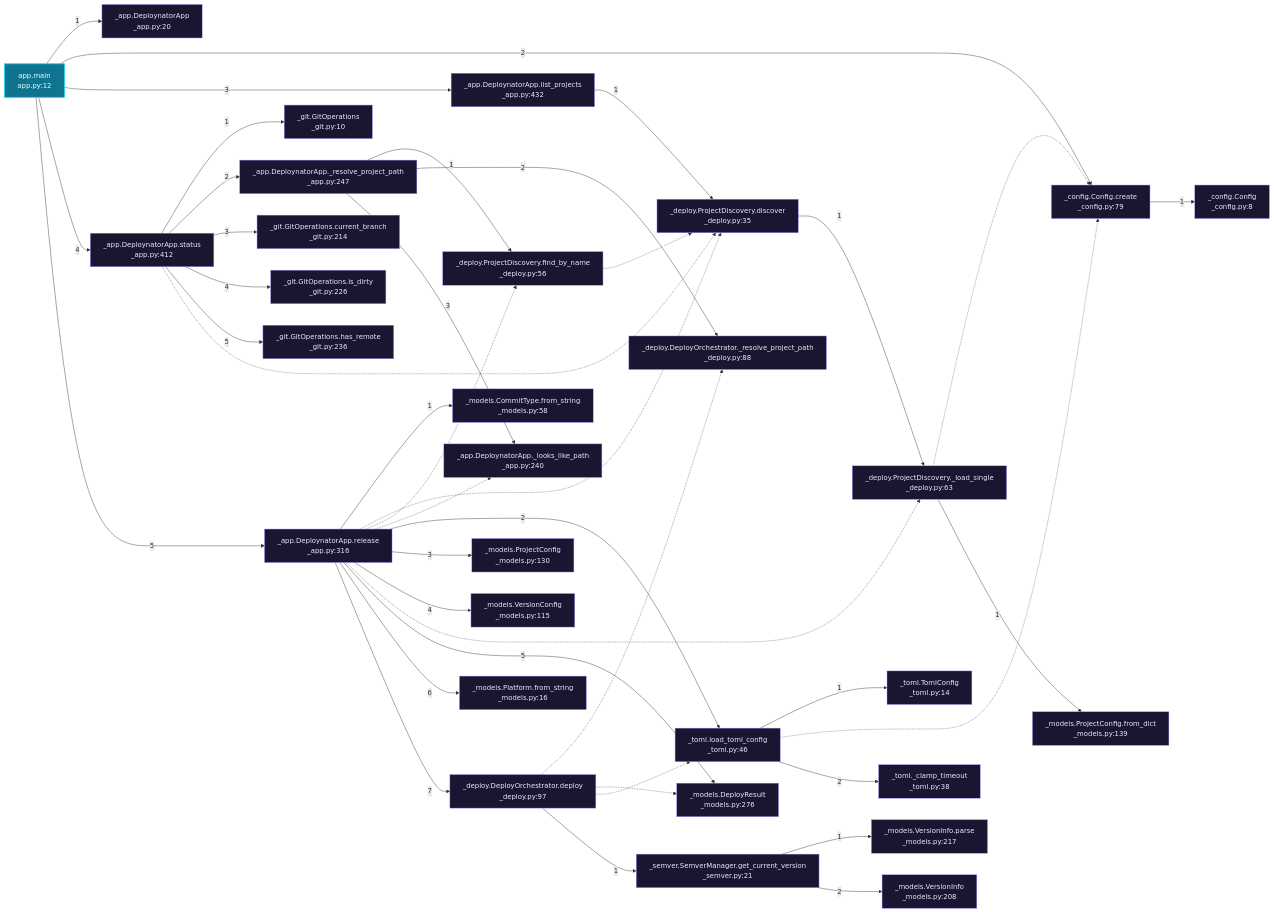
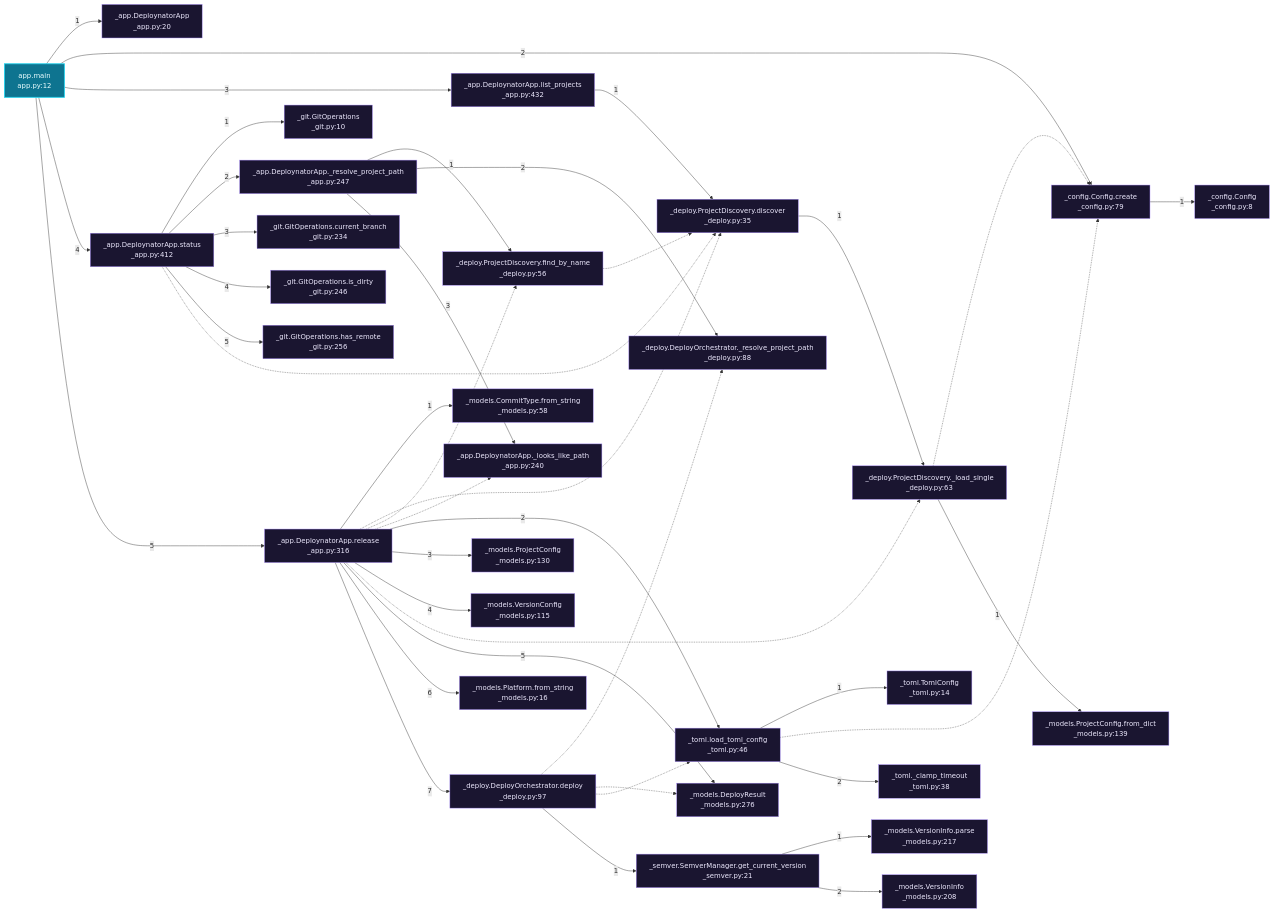
The third of 9 diagrams in readmenator-apidocs/architecture.md (grisuno/deploynator), drawn with Mermaid before and after one commit. The commit also changed other lines of this file and 66 other files, not shown here.

````diff
--- a/readmenator-apidocs/architecture.md
+++ b/readmenator-apidocs/architecture.md
@@ -79,75 +79,75 @@
 ```mermaid
 flowchart LR
     classDef entry fill:#0e7490,stroke:#22d3ee,color:#ecfeff,stroke-width:2px;
     classDef external fill:#1a1530,stroke:#a78bfa,color:#ede9fe;
     n_app_py__main["app.main<br/>app.py:12"]:::entry
     n_deploynator__app_py__DeploynatorApp["_app.DeploynatorApp<br/>_app.py:20"]:::external
     n_deploynator__config_py__create["_config.Config.create<br/>_config.py:79"]:::external
     n_deploynator__config_py__Config["_config.Config<br/>_config.py:8"]:::external
     n_deploynator__app_py__list_projects["_app.DeploynatorApp.list_projects<br/>_app.py:432"]:::external
     n_deploynator__deploy_py__discover["_deploy.ProjectDiscovery.discover<br/>_deploy.py:35"]:::external
     n_deploynator__deploy_py___load_single["_deploy.ProjectDiscovery._load_single<br/>_deploy.py:63"]:::external
     n_deploynator__models_py__from_dict_139["_models.ProjectConfig.from_dict<br/>_models.py:139"]:::external
     n_deploynator__app_py__status["_app.DeploynatorApp.status<br/>_app.py:412"]:::external
     n_deploynator__git_py__GitOperations["_git.GitOperations<br/>_git.py:10"]:::external
     n_deploynator__app_py___resolve_project_path["_app.DeploynatorApp._resolve_project_path<br/>_app.py:247"]:::external
     n_deploynator__deploy_py__find_by_name["_deploy.ProjectDiscovery.find_by_name<br/>_deploy.py:56"]:::external
     n_deploynator__deploy_py___resolve_project_path["_deploy.DeployOrchestrator._resolve_project_path<br/>_deploy.py:88"]:::external
     n_deploynator__app_py___looks_like_path["_app.DeploynatorApp._looks_like_path<br/>_app.py:240"]:::external
-    n_deploynator__git_py__current_branch["_git.GitOperations.current_branch<br/>_git.py:214"]:::external
-    n_deploynator__git_py__is_dirty["_git.GitOperations.is_dirty<br/>_git.py:226"]:::external
-    n_deploynator__git_py__has_remote["_git.GitOperations.has_remote<br/>_git.py:236"]:::external
+    n_deploynator__git_py__current_branch["_git.GitOperations.current_branch<br/>_git.py:234"]:::external
+    n_deploynator__git_py__is_dirty["_git.GitOperations.is_dirty<br/>_git.py:246"]:::external
+    n_deploynator__git_py__has_remote["_git.GitOperations.has_remote<br/>_git.py:256"]:::external
     n_deploynator__app_py__release["_app.DeploynatorApp.release<br/>_app.py:316"]:::external
     n_deploynator__models_py__from_string_58["_models.CommitType.from_string<br/>_models.py:58"]:::external
     n_deploynator__toml_py__load_toml_config["_toml.load_toml_config<br/>_toml.py:46"]:::external
     n_deploynator__toml_py__TomlConfig["_toml.TomlConfig<br/>_toml.py:14"]:::external
     n_deploynator__toml_py___clamp_timeout["_toml._clamp_timeout<br/>_toml.py:38"]:::external
     n_deploynator__models_py__ProjectConfig["_models.ProjectConfig<br/>_models.py:130"]:::external
     n_deploynator__models_py__VersionConfig["_models.VersionConfig<br/>_models.py:115"]:::external
     n_deploynator__models_py__DeployResult["_models.DeployResult<br/>_models.py:276"]:::external
     n_deploynator__models_py__from_string["_models.Platform.from_string<br/>_models.py:16"]:::external
     n_deploynator__deploy_py__deploy["_deploy.DeployOrchestrator.deploy<br/>_deploy.py:97"]:::external
     n_deploynator__semver_py__get_current_version["_semver.SemverManager.get_current_version<br/>_semver.py:21"]:::external
     n_deploynator__models_py__parse_217["_models.VersionInfo.parse<br/>_models.py:217"]:::external
     n_deploynator__models_py__VersionInfo["_models.VersionInfo<br/>_models.py:208"]:::external
     n_app_py__main -->|"1"| n_deploynator__app_py__DeploynatorApp
     n_app_py__main -->|"2"| n_deploynator__config_py__create
     n_deploynator__config_py__create -->|"1"| n_deploynator__config_py__Config
     n_app_py__main -->|"3"| n_deploynator__app_py__list_projects
     n_deploynator__app_py__list_projects -->|"1"| n_deploynator__deploy_py__discover
     n_deploynator__deploy_py__discover -->|"1"| n_deploynator__deploy_py___load_single
     n_deploynator__deploy_py___load_single -.-> n_deploynator__config_py__create
     n_deploynator__deploy_py___load_single -->|"1"| n_deploynator__models_py__from_dict_139
     n_app_py__main -->|"4"| n_deploynator__app_py__status
     n_deploynator__app_py__status -->|"1"| n_deploynator__git_py__GitOperations
     n_deploynator__app_py__status -->|"2"| n_deploynator__app_py___resolve_project_path
     n_deploynator__app_py___resolve_project_path -->|"1"| n_deploynator__deploy_py__find_by_name
     n_deploynator__deploy_py__find_by_name -.-> n_deploynator__deploy_py__discover
     n_deploynator__app_py___resolve_project_path -->|"2"| n_deploynator__deploy_py___resolve_project_path
     n_deploynator__app_py___resolve_project_path -->|"3"| n_deploynator__app_py___looks_like_path
     n_deploynator__app_py__status -->|"3"| n_deploynator__git_py__current_branch
     n_deploynator__app_py__status -->|"4"| n_deploynator__git_py__is_dirty
     n_deploynator__app_py__status -->|"5"| n_deploynator__git_py__has_remote
     n_deploynator__app_py__status -.-> n_deploynator__deploy_py__discover
     n_app_py__main -->|"5"| n_deploynator__app_py__release
     n_deploynator__app_py__release -->|"1"| n_deploynator__models_py__from_string_58
     n_deploynator__app_py__release -.-> n_deploynator__deploy_py__discover
     n_deploynator__app_py__release -.-> n_deploynator__deploy_py__find_by_name
     n_deploynator__app_py__release -.-> n_deploynator__app_py___looks_like_path
     n_deploynator__app_py__release -->|"2"| n_deploynator__toml_py__load_toml_config
     n_deploynator__toml_py__load_toml_config -->|"1"| n_deploynator__toml_py__TomlConfig
     n_deploynator__toml_py__load_toml_config -.-> n_deploynator__config_py__create
     n_deploynator__toml_py__load_toml_config -->|"2"| n_deploynator__toml_py___clamp_timeout
     n_deploynator__app_py__release -->|"3"| n_deploynator__models_py__ProjectConfig
     n_deploynator__app_py__release -->|"4"| n_deploynator__models_py__VersionConfig
     n_deploynator__app_py__release -.-> n_deploynator__deploy_py___load_single
     n_deploynator__app_py__release -->|"5"| n_deploynator__models_py__DeployResult
     n_deploynator__app_py__release -->|"6"| n_deploynator__models_py__from_string
     n_deploynator__app_py__release -->|"7"| n_deploynator__deploy_py__deploy
     n_deploynator__deploy_py__deploy -.-> n_deploynator__deploy_py___resolve_project_path
     n_deploynator__deploy_py__deploy -.-> n_deploynator__models_py__DeployResult
     n_deploynator__deploy_py__deploy -.-> n_deploynator__toml_py__load_toml_config
     n_deploynator__deploy_py__deploy -->|"1"| n_deploynator__semver_py__get_current_version
     n_deploynator__semver_py__get_current_version -->|"1"| n_deploynator__models_py__parse_217
     n_deploynator__semver_py__get_current_version -->|"2"| n_deploynator__models_py__VersionInfo
 ```
````
